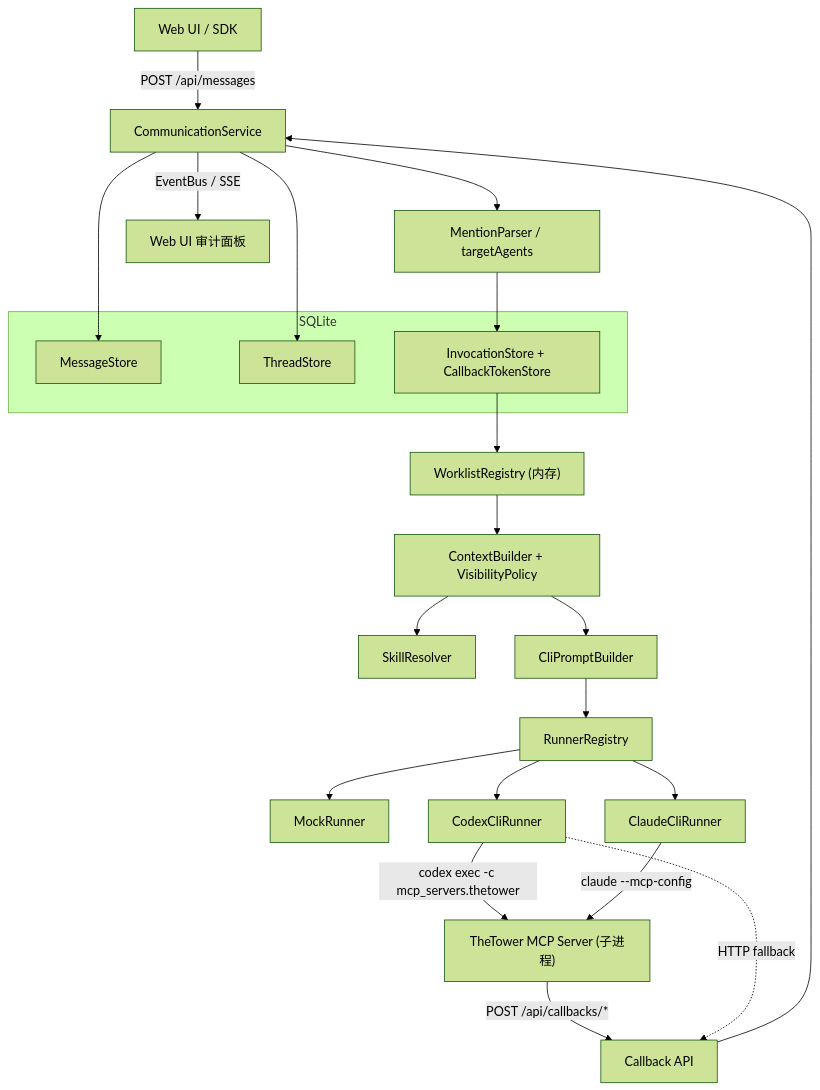
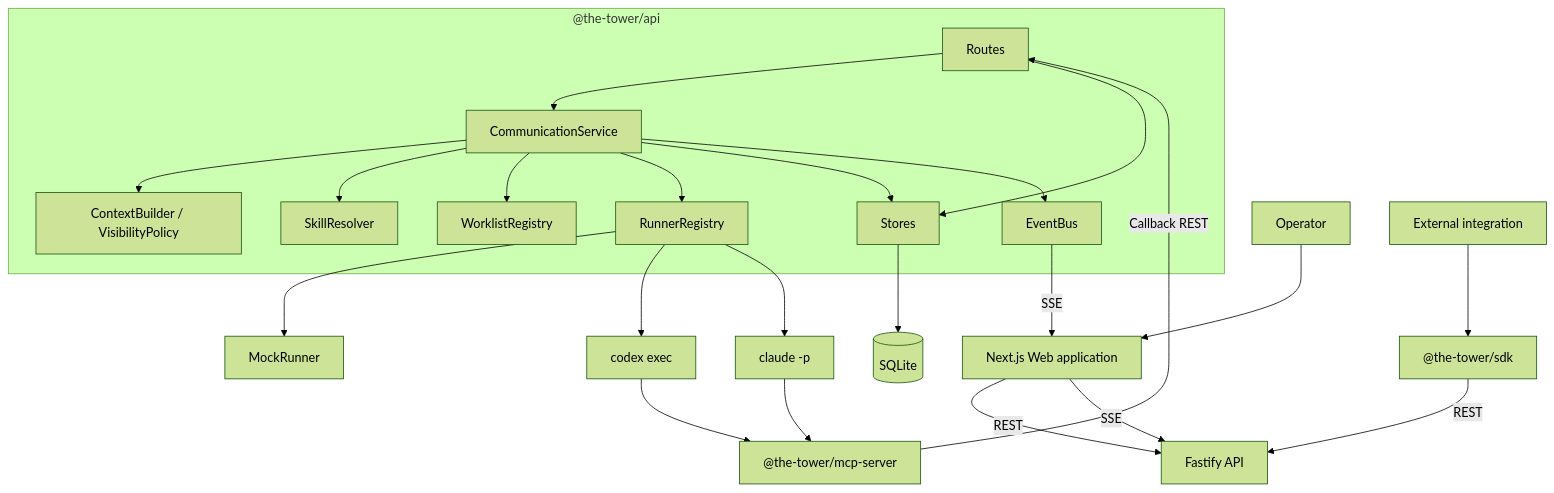
One commit to tianchangNorth/TheTower changed the first of 5 diagrams in docs/architecture/current-project-architecture.md. Above: the diagram before and after it, drawn with Mermaid (forest theme). The commit also changed other lines of this file and 3 other files, not shown here.

First line of the commit message:
feat: add architecture reliability and remediation plan for TheTower

````diff
--- a/docs/architecture/current-project-architecture.md
+++ b/docs/architecture/current-project-architecture.md
@@ -55,27 +23,28 @@
 ```mermaid
-flowchart TD
-  USER["Web UI / SDK"] -->|"POST /api/messages"| API
-  API["CommunicationService"] --> MS["MessageStore"]
-  API --> TS["ThreadStore"]
-  API --> MENTION["MentionParser / targetAgents"]
-  MENTION --> INV["InvocationStore + CallbackTokenStore"]
-  INV --> WL["WorklistRegistry (内存)"]
-  WL --> CTX["ContextBuilder + VisibilityPolicy"]
-  CTX --> SKILLS["SkillResolver"]
-  CTX --> PROMPT["CliPromptBuilder"]
-  PROMPT --> RUNNERS["RunnerRegistry"]
-  RUNNERS --> MOCK["MockRunner"]
-  RUNNERS --> CODEX["CodexCliRunner"]
-  RUNNERS --> CLAUDE["ClaudeCliRunner"]
-  CODEX -->|"codex exec -c mcp_servers.thetower"| MCP["TheTower MCP Server (子进程)"]
-  CLAUDE -->|"claude --mcp-config"| MCP
-  MCP -->|"POST /api/callbacks/*"| CB["Callback API"]
-  CODEX -. "HTTP fallback" .-> CB
-  CB --> API
-  API -->|"EventBus / SSE"| UI["Web UI 审计面板"]
-  subgraph SQLite
-    MS
-    TS
-    INV
+flowchart TB
+  Operator["Operator"] --> Web["Next.js Web application"]
+  Integrator["External integration"] --> SDK["@the-tower/sdk"]
+  Web -->|"REST"| API["Fastify API"]
+  Web -->|"SSE"| API
+  SDK -->|"REST"| API
+
+  subgraph Core["@the-tower/api"]
+    Routes["Routes"] --> Communication["CommunicationService"]
+    Communication --> Context["ContextBuilder / VisibilityPolicy"]
+    Communication --> Skills["SkillResolver"]
+    Communication --> Worklist["WorklistRegistry"]
+    Communication --> Runners["RunnerRegistry"]
+    Routes --> Stores["Stores"]
+    Communication --> Stores
+    Communication --> Events["EventBus"]
   end
+
+  Stores --> SQLite[("SQLite")]
+  Runners --> Mock["MockRunner"]
+  Runners --> Codex["codex exec"]
+  Runners --> Claude["claude -p"]
+  Codex --> MCP["@the-tower/mcp-server"]
+  Claude --> MCP
+  MCP -->|"Callback REST"| Routes
+  Events -->|"SSE"| Web
 ```
````
